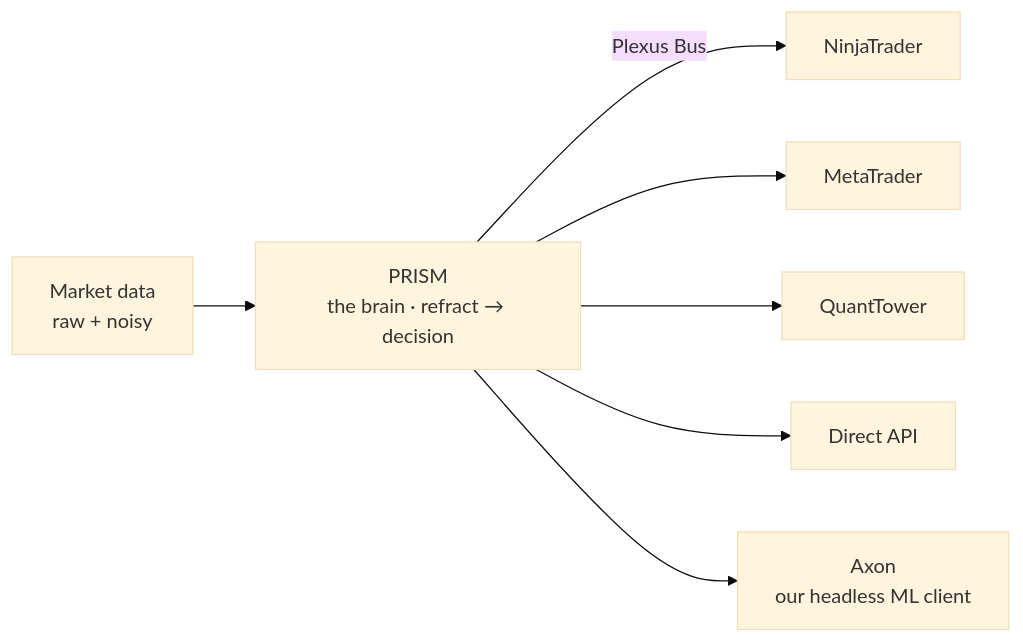
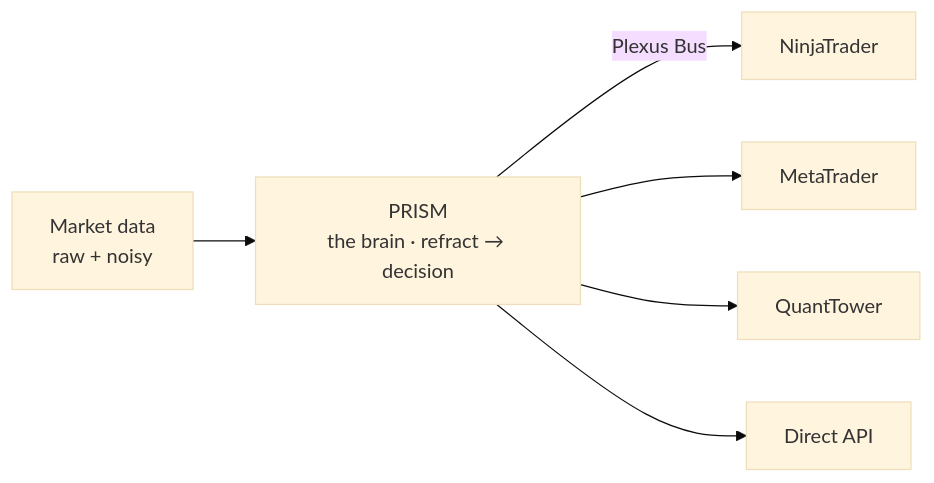
One commit to PlexusTradingLabs/plexus-site changed the diagram in docs/index.md. Above: the diagram before and after it, drawn with Mermaid (base theme). The commit also changed other lines of this file and 11 other files, not shown here.

````diff
--- a/docs/index.md
+++ b/docs/index.md
@@ -27,9 +28,8 @@
 ```mermaid
 flowchart LR
   M["Market data<br/>raw + noisy"] --> P["PRISM<br/>the brain · refract → decision"]
   P -->|Plexus Bus| NT["NinjaTrader"]
   P --> MT["MetaTrader"]
   P --> QT["QuantTower"]
   P --> API["Direct API"]
-  P --> AX["Axon<br/>our headless ML client"]
 ```
````
